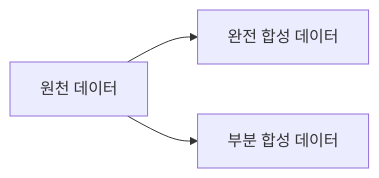
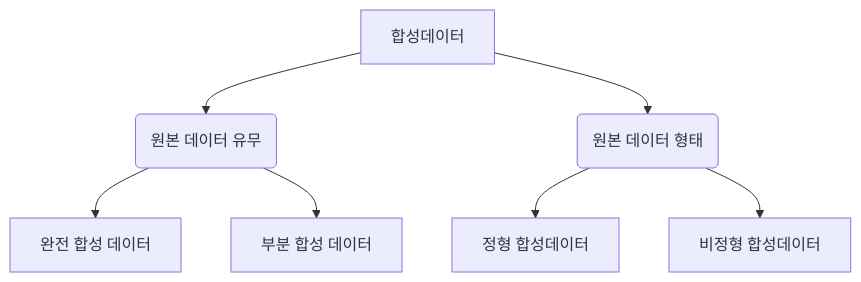
One commit to gracefullight/gracefullight.github.io changed the first of 2 diagrams in blog/pe/db/synthetic-data.md. Above: the diagram before and after it, drawn with Mermaid. The commit also changed other lines of this file, not shown here.

Commit message:
docs(pe): 📚️ synthetic data

````diff
--- a/blog/pe/db/synthetic-data.md
+++ b/blog/pe/db/synthetic-data.md
@@ -20,9 +20,11 @@
 ```mermaid
-graph LR
-  original[원천 데이터]
-  fully-synthetic[완전 합성 데이터]
-  partially-synthetic[부분 합성 데이터]
+graph TB
+  synthetic_data[합성데이터]
+  synthetic_data --> existence(원본 데이터 유무)
+    existence --> fully-synthetic[완전 합성 데이터]
+    existence -->  partially-synthetic[부분 합성 데이터]
 
-  original --> fully-synthetic
-  original --> partially-synthetic
+  synthetic_data --> type(원본 데이터 형태)
+    type --> 정형[정형 합성데이터]
+    type --> 비정형[비정형 합성데이터]
 ```
````
